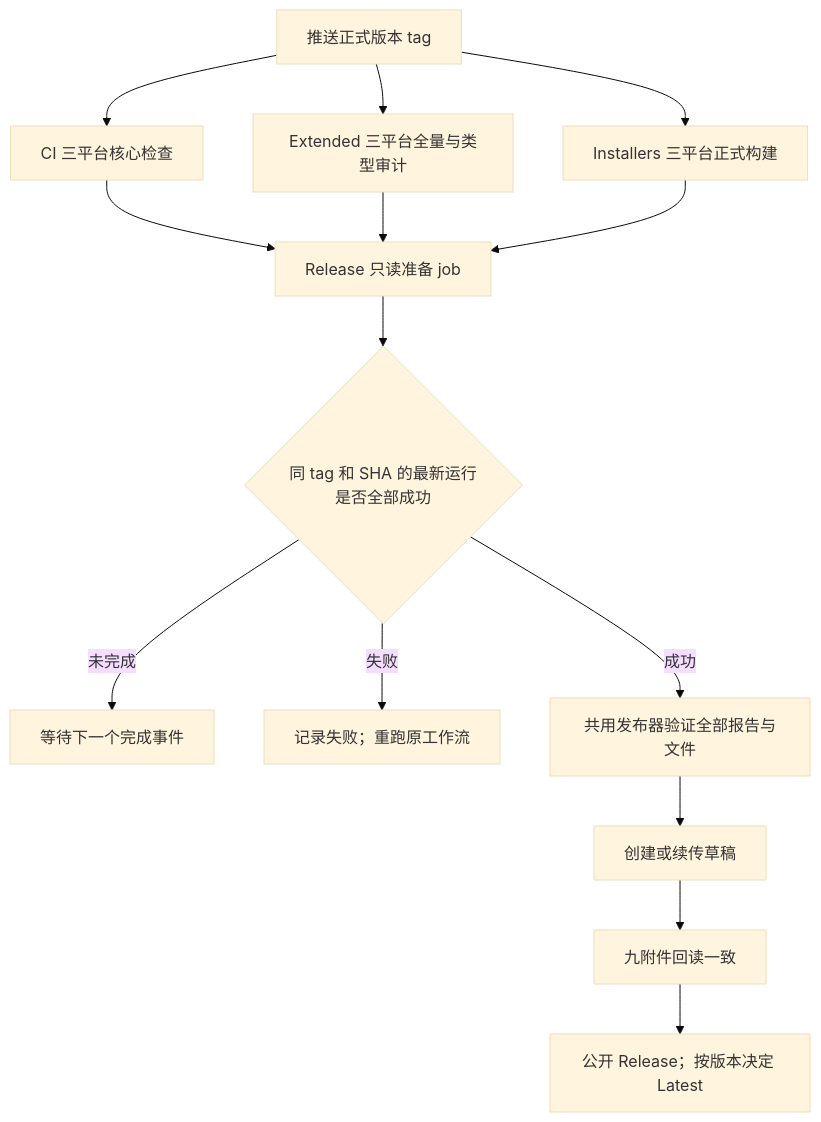
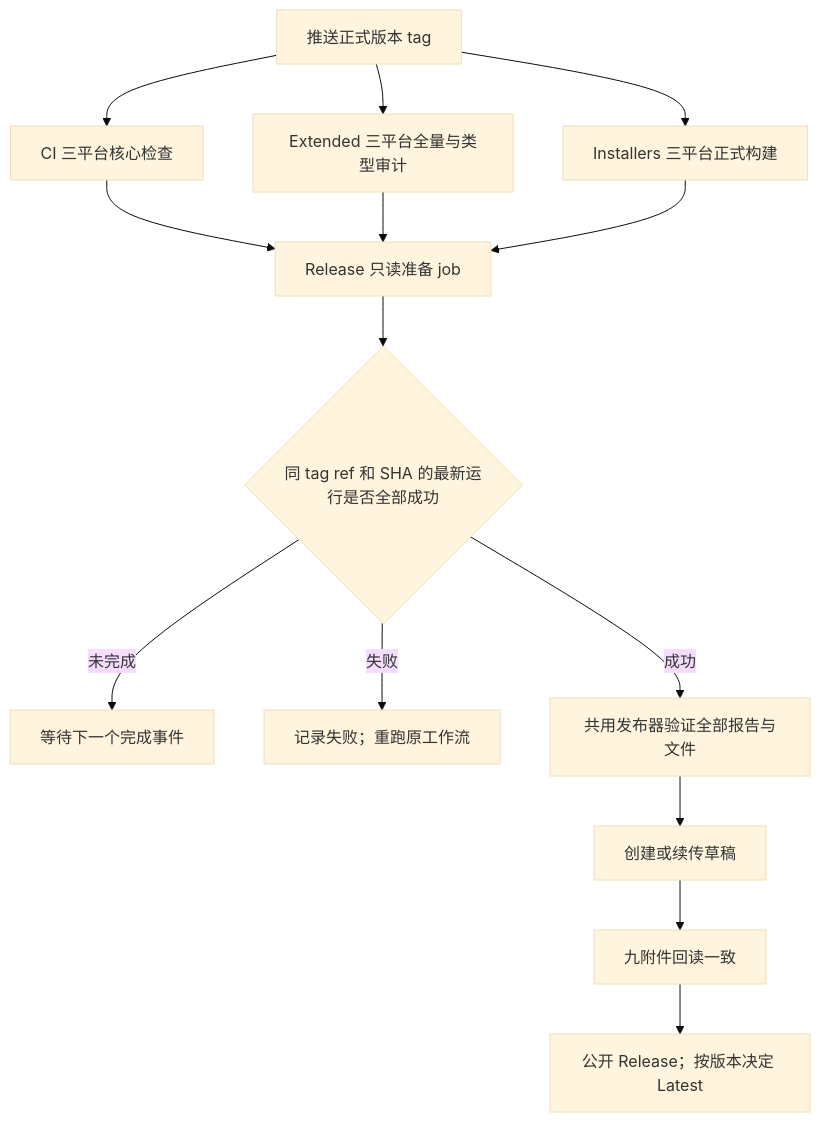
One commit to BlueSkyXN/OpenZWork changed the diagram in docs/spec/automatic-github-release.md. Above: the diagram before and after it, drawn with Mermaid (base theme). The commit also changed other lines of this file and 2 other files, not shown here.

First line of the commit message:
fix(release): 校验自动发布门禁的 tag 来源 (#50)

````diff
--- a/docs/spec/automatic-github-release.md
+++ b/docs/spec/automatic-github-release.md
@@ -24,16 +25,16 @@
 ```mermaid
 flowchart TD
     T[推送正式版本 tag] --> C[CI 三平台核心检查]
     T --> E[Extended 三平台全量与类型审计]
     T --> B[Installers 三平台正式构建]
     C --> P[Release 只读准备 job]
     E --> P
     B --> P
-    P --> G{同 tag 和 SHA 的最新运行是否全部成功}
+    P --> G{同 tag ref 和 SHA 的最新运行是否全部成功}
     G -->|未完成| W[等待下一个完成事件]
     G -->|失败| F[记录失败；重跑原工作流]
     G -->|成功| V[共用发布器验证全部报告与文件]
     V --> D[创建或续传草稿]
     D --> A[九附件回读一致]
     A --> R[公开 Release；按版本决定 Latest]
 ```
````
